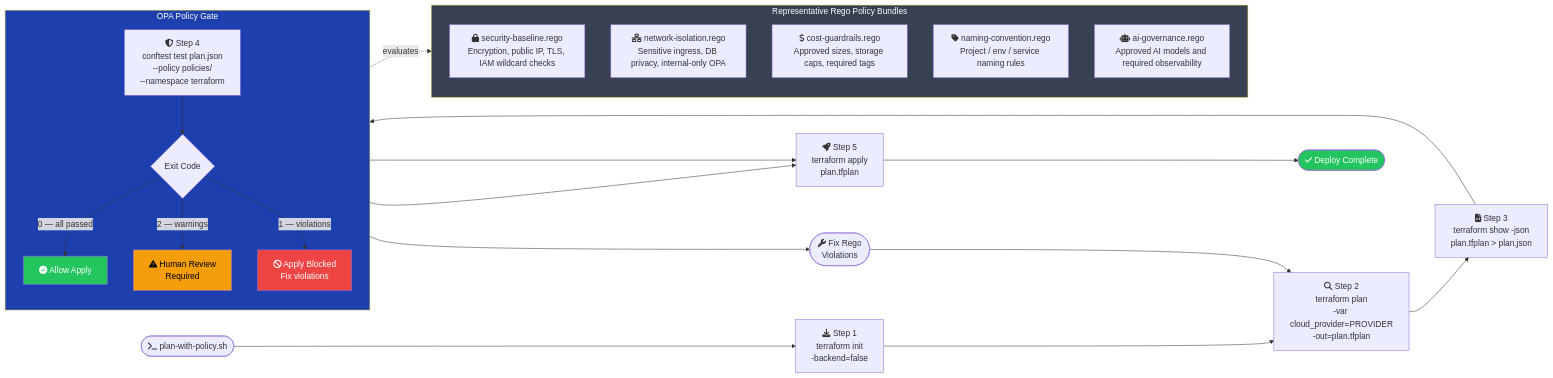
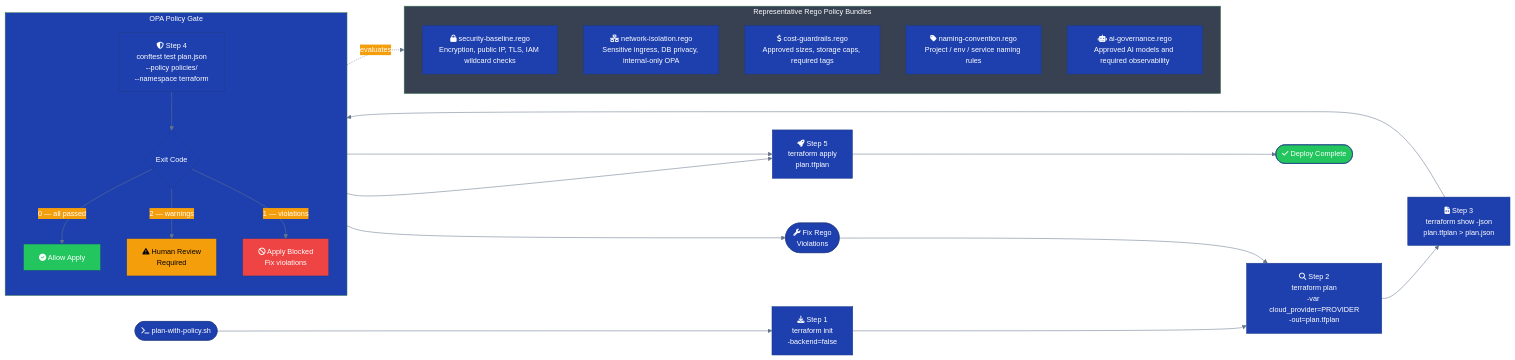
The diagram in docs/core/diagrams/iac-deploy-pipeline.mmd (lvonguyen/cloudforge), drawn with Mermaid before and after one commit. The commit also changed 11 other files, not shown here.

First line of the commit message:
docs: normalize Mermaid diagram fonts to Georgia

```diff
--- a/docs/core/diagrams/iac-deploy-pipeline.mmd
+++ b/docs/core/diagrams/iac-deploy-pipeline.mmd
@@ -1,46 +1,48 @@
+%%{init: {'theme': 'base', 'themeVariables': {'fontFamily': 'Georgia, serif', 'fontSize': '14px', 'primaryColor': '#1e40af', 'primaryTextColor': '#fff', 'primaryBorderColor': '#1e3a8a', 'lineColor': '#64748b', 'secondaryColor': '#f59e0b', 'tertiaryColor': '#22c55e'}}}%%
+
 flowchart LR
     A(["fa:fa-terminal plan-with-policy.sh"]) --> S1
 
     S1["fa:fa-download Step 1\nterraform init\n-backend=false"]
     S1 --> S2
 
     S2["fa:fa-search Step 2\nterraform plan\n-var cloud_provider=PROVIDER\n-out=plan.tfplan"]
     S2 --> S3
 
     S3["fa:fa-file-code Step 3\nterraform show -json\nplan.tfplan > plan.json"]
     S3 --> GATE
 
     subgraph GATE [OPA Policy Gate]
         direction TB
         CT["fa:fa-shield-alt Step 4\nconftest test plan.json\n--policy policies/\n--namespace terraform"]
         CT --> EXIT{Exit Code}
         EXIT -->|0 — all passed| ALLOW["fa:fa-check-circle Allow Apply"]
         EXIT -->|2 — warnings| WARN["fa:fa-exclamation-triangle Human Review\nRequired"]
         EXIT -->|1 — violations| BLOCK["fa:fa-ban Apply Blocked\nFix violations"]
     end
 
     ALLOW --> S5
     WARN --> S5
     BLOCK --> FIX(["fa:fa-wrench Fix Rego\nViolations"])
     FIX --> S2
 
     S5["fa:fa-rocket Step 5\nterraform apply\nplan.tfplan"]
     S5 --> DONE(["fa:fa-check Deploy Complete"])
 
     subgraph POLICIES [Representative Rego Policy Bundles]
         direction TB
         P1["fa:fa-lock security-baseline.rego\nEncryption, public IP, TLS, IAM wildcard checks"]
         P2["fa:fa-network-wired network-isolation.rego\nSensitive ingress, DB privacy, internal-only OPA"]
         P3["fa:fa-dollar-sign cost-guardrails.rego\nApproved sizes, storage caps, required tags"]
         P4["fa:fa-tag naming-convention.rego\nProject / env / service naming rules"]
         P5["fa:fa-robot ai-governance.rego\nApproved AI models and required observability"]
     end
 
     CT -.->|evaluates| POLICIES
 
     style GATE fill:#1e40af,color:#fff
     style ALLOW fill:#22c55e,color:#fff
     style BLOCK fill:#ef4444,color:#fff
     style WARN fill:#f59e0b,color:#000
     style DONE fill:#22c55e,color:#fff
     style POLICIES fill:#374151,color:#fff
```
